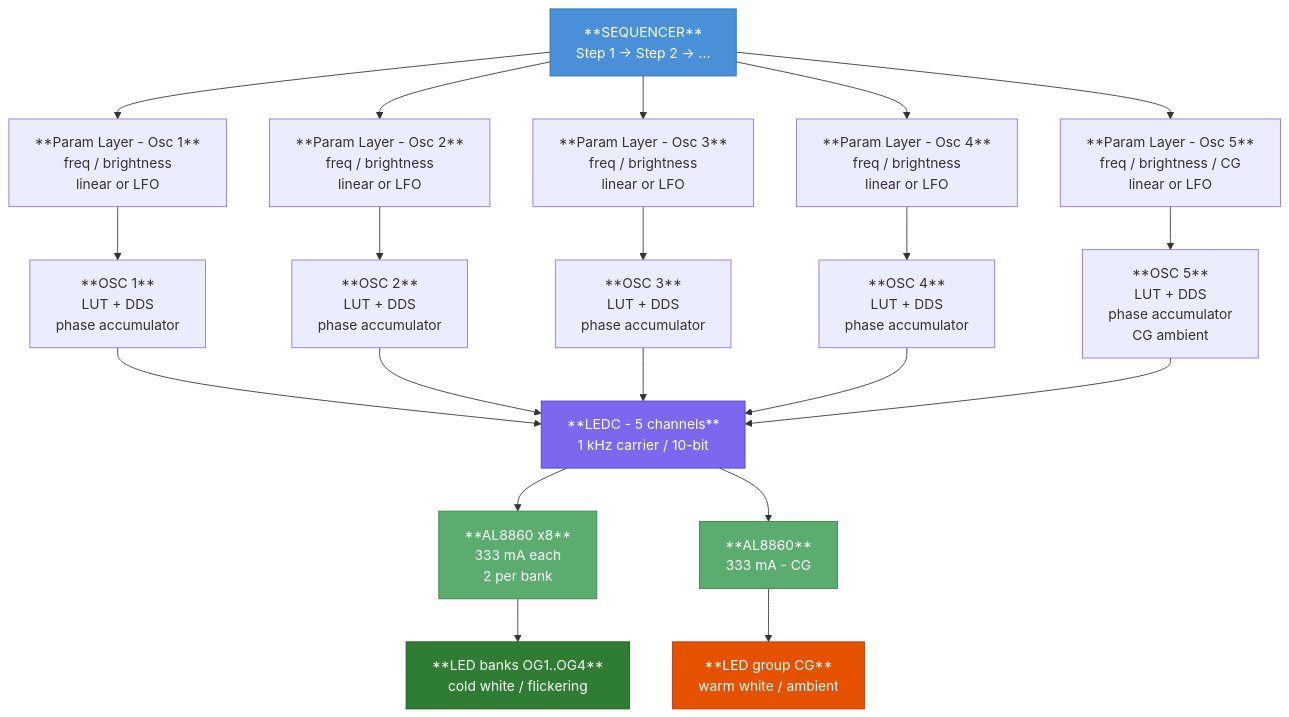
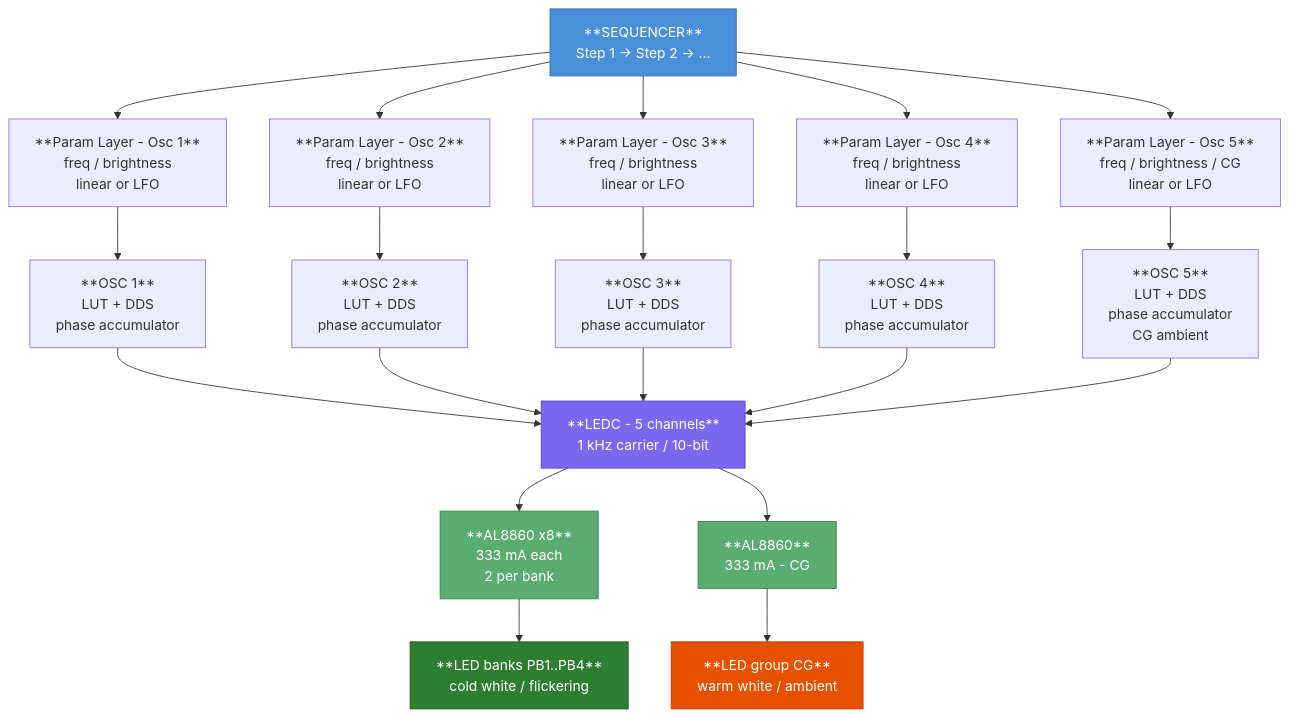
The diagram in doc/MHLSpecification.md (DrCoolzic/MorpheusHypnoLight), drawn with Mermaid before and after one commit. The commit also changed other lines of this file and 11 other files, not shown here.

````diff
--- a/doc/MHLSpecification.md
+++ b/doc/MHLSpecification.md
@@ -301,35 +301,35 @@
 ```mermaid
 flowchart TD
     SEQ["**SEQUENCER**\nStep 1 -> Step 2 -> ..."]
 
     SEQ --> P1["**Param Layer - Osc 1**\nfreq / brightness\nlinear or LFO"]
     SEQ --> P2["**Param Layer - Osc 2**\nfreq / brightness\nlinear or LFO"]
     SEQ --> P3["**Param Layer - Osc 3**\nfreq / brightness\nlinear or LFO"]
     SEQ --> P4["**Param Layer - Osc 4**\nfreq / brightness\nlinear or LFO"]
     SEQ --> P5["**Param Layer - Osc 5**\nfreq / brightness / CG\nlinear or LFO"]
 
     P1 --> O1["**OSC 1**\nLUT + DDS\nphase accumulator"]
     P2 --> O2["**OSC 2**\nLUT + DDS\nphase accumulator"]
     P3 --> O3["**OSC 3**\nLUT + DDS\nphase accumulator"]
     P4 --> O4["**OSC 4**\nLUT + DDS\nphase accumulator"]
     P5 --> O5["**OSC 5**\nLUT + DDS\nphase accumulator\n CG ambient"]
 
     O1 --> LEDC["**LEDC - 5 channels**\n1 kHz carrier / 10-bit"]
     O2 --> LEDC
     O3 --> LEDC
     O4 --> LEDC
     O5 --> LEDC
 
     LEDC --> AL18["**AL8860 x8**\n333 mA each\n2 per bank"]
     LEDC --> AL9["**AL8860**\n333 mA - CG"]
 
-    AL18 --> G18["**LED banks OG1..OG4**\ncold white / flickering"]
+    AL18 --> G18["**LED banks PB1..PB4**\ncold white / flickering"]
     AL9  --> G9["**LED group CG**\nwarm white / ambient"]
 
     style SEQ      fill:#4A90D9,color:#fff,stroke:#2c6fad
     style LEDC     fill:#7B68EE,color:#fff,stroke:#5040cc
     style AL18     fill:#5BAD6F,color:#fff,stroke:#3a8050
     style AL9      fill:#5BAD6F,color:#fff,stroke:#3a8050
     style G18      fill:#2E7D32,color:#fff,stroke:#1a5c1e
     style G9       fill:#E65100,color:#fff,stroke:#bf360c
 ```
````
